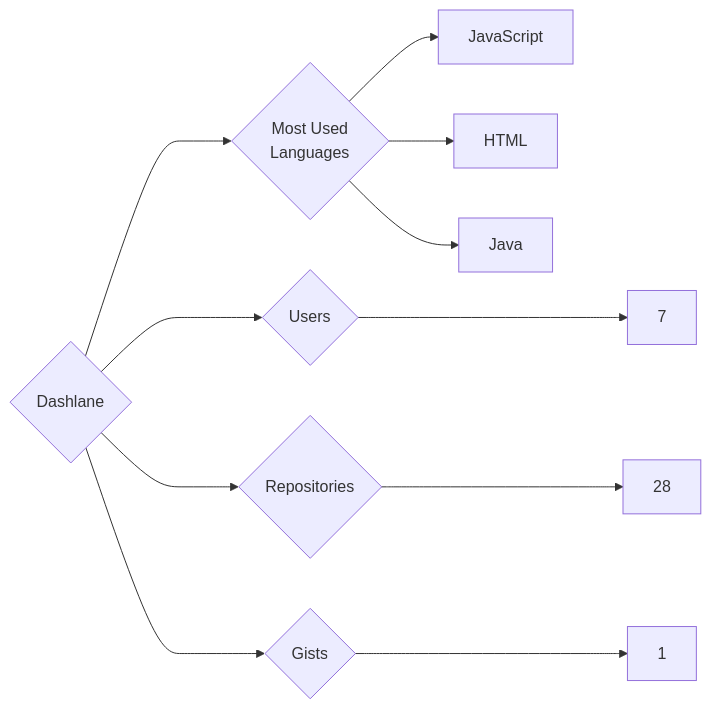
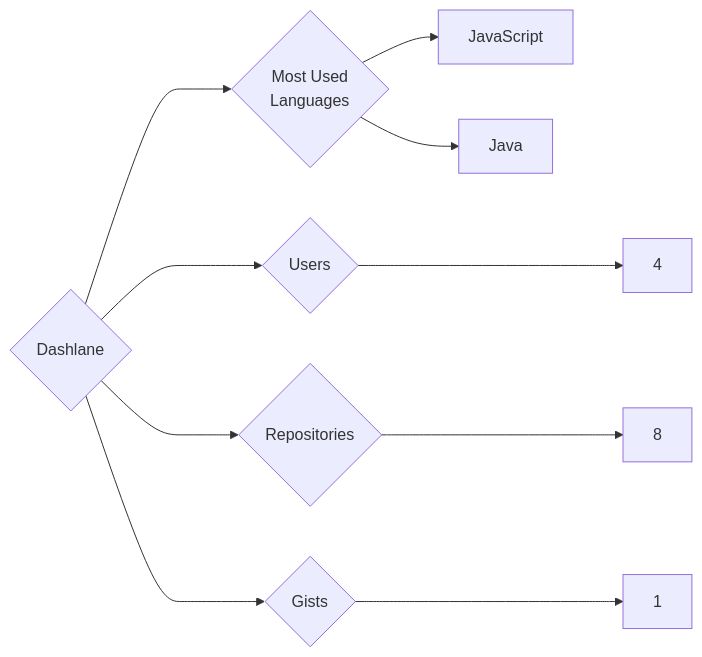
One commit to trickest/insiders changed the diagram in targets/Dashlane/README.md. Above: the diagram before and after it, drawn with Mermaid. The commit also changed 1088 other files, not shown here.

````diff
--- a/targets/Dashlane/README.md
+++ b/targets/Dashlane/README.md
@@ -3,11 +3,10 @@
 ```mermaid
 graph LR
 COMPANY_NAME{Dashlane}
-COMPANY_NAME ---> U{Users} ---> UN[7]
-COMPANY_NAME ---> R{Repositories} ---> RN[28]
+COMPANY_NAME ---> U{Users} ---> UN[4]
+COMPANY_NAME ---> R{Repositories} ---> RN[8]
 COMPANY_NAME ---> G{Gists} ---> GN[1]
 COMPANY_NAME ---> ML{Most Used<br>Languages}
 ML --> JavaScript[JavaScript]
-ML --> HTML[HTML]
 ML --> Java[Java]
 ```
````
